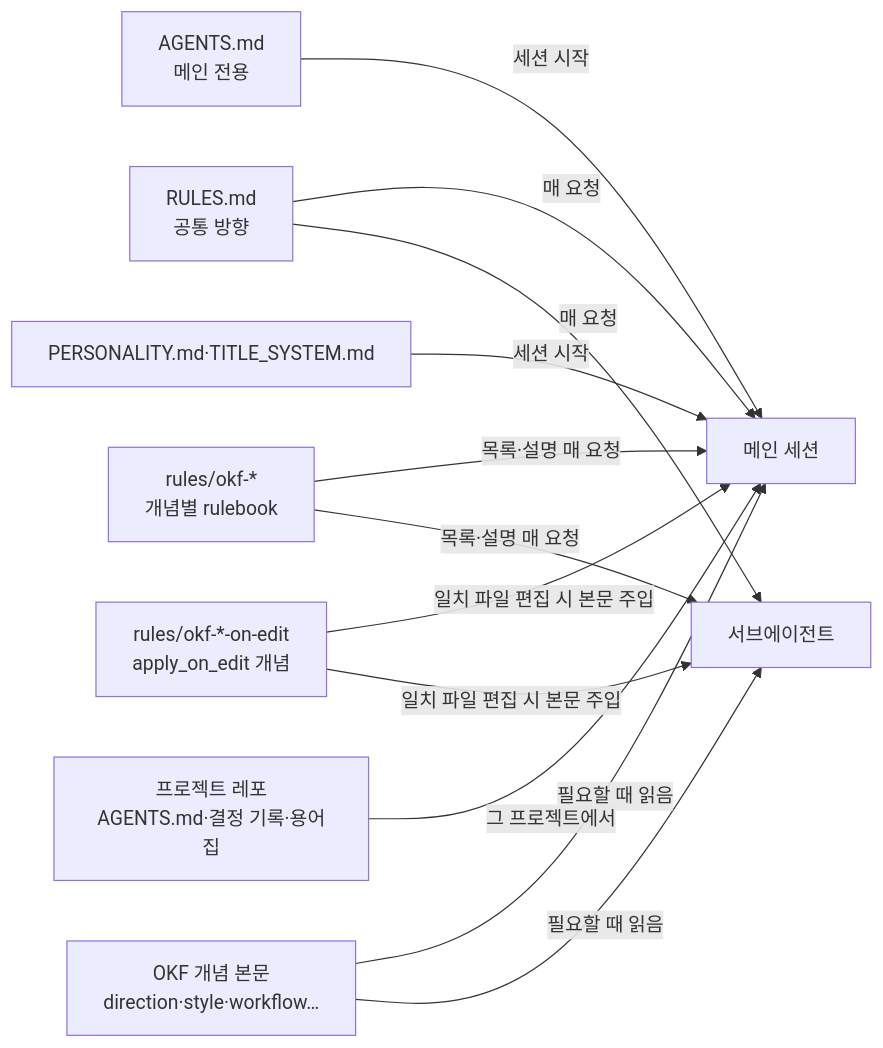
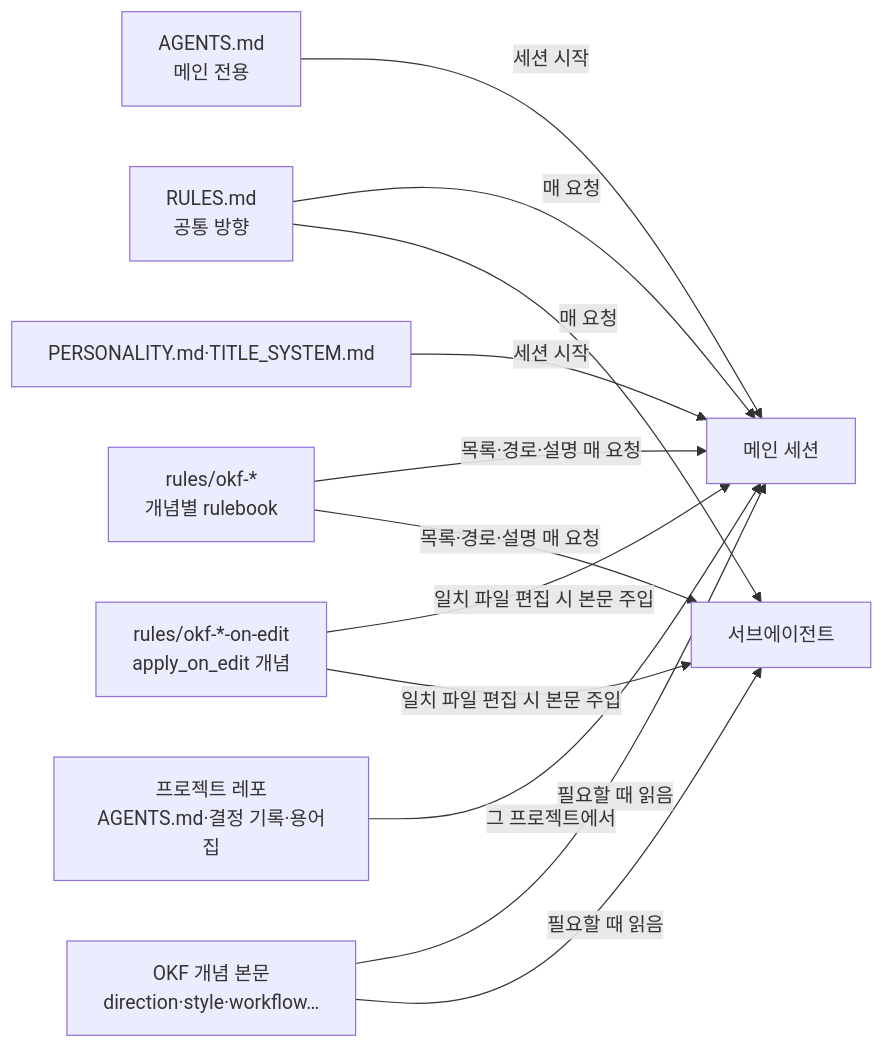
The diagram in README.md (Ho-Gyu-Lee/hello-omp), drawn with Mermaid before and after one commit. The commit also changed other lines of this file and 7 other files, not shown here.

````diff
--- a/README.md
+++ b/README.md
@@ -28,14 +28,14 @@
 ```mermaid
 flowchart LR
   R[RULES.md<br/>공통 방향] -->|매 요청| M[메인 세션]
   R -->|매 요청| S[서브에이전트]
   A[AGENTS.md<br/>메인 전용] -->|세션 시작| M
-  B[rules/okf-*<br/>개념별 rulebook] -->|목록·설명 매 요청| M
-  B -->|목록·설명 매 요청| S
+  B[rules/okf-*<br/>개념별 rulebook] -->|목록·경로·설명 매 요청| M
+  B -->|목록·경로·설명 매 요청| S
   T[rules/okf-*-on-edit<br/>apply_on_edit 개념] -->|일치 파일 편집 시 본문 주입| M
   T -->|일치 파일 편집 시 본문 주입| S
   P2[PERSONALITY.md·TITLE_SYSTEM.md] -->|세션 시작| M
   O[OKF 개념 본문<br/>direction·style·workflow…] -->|필요할 때 읽음| M
   O -->|필요할 때 읽음| S
   P[프로젝트 레포<br/>AGENTS.md·결정 기록·용어집] -->|그 프로젝트에서| M
 ```
````
